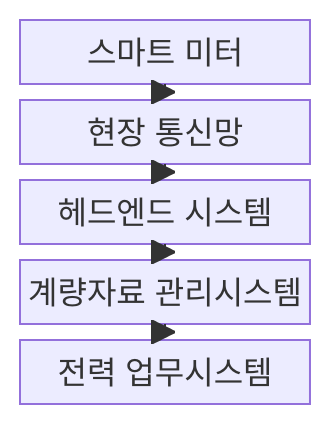
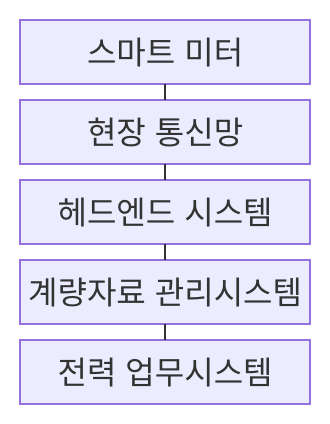
One commit to agnusdei1207/knowledge-base changed the first of 2 diagrams in src/content/docs/notes/04-network/084_advanced_metering_infrastructure.md. Above: the diagram before and after it, drawn with Mermaid. The commit also changed other lines of this file and 493 other files, not shown here.

````diff
--- a/src/content/docs/notes/04-network/084_advanced_metering_infrastructure.md
+++ b/src/content/docs/notes/04-network/084_advanced_metering_infrastructure.md
@@ -67,13 +67,13 @@
 ```mermaid
 block-beta
     columns 1
     METER["스마트 미터"]
     NETWORK["현장 통신망"]
     HES["헤드엔드 시스템"]
     MDMS["계량자료 관리시스템"]
     BIZ["전력 업무시스템"]
-    METER --> NETWORK
-    NETWORK --> HES
-    HES --> MDMS
-    MDMS --> BIZ
+    METER --- NETWORK
+    NETWORK --- HES
+    HES --- MDMS
+    MDMS --- BIZ
 ```
````
